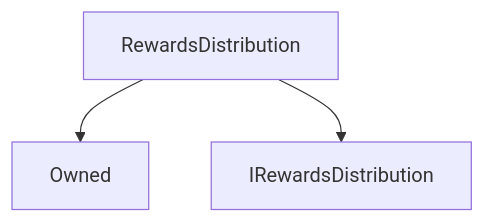
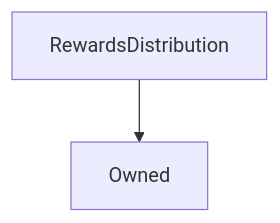
The diagram in content/contracts/RewardsDistribution.md (Synthetixio/synthetix-docs), drawn with Mermaid before and after one commit. The commit also changed 46 other files, not shown here.

````diff
--- a/content/contracts/RewardsDistribution.md
+++ b/content/contracts/RewardsDistribution.md
@@ -9,5 +9,4 @@
 ```mermaid
 graph TD
     RewardsDistribution[RewardsDistribution] --> Owned[Owned]
-    RewardsDistribution[RewardsDistribution] --> IRewardsDistribution[IRewardsDistribution]
 ```
````
